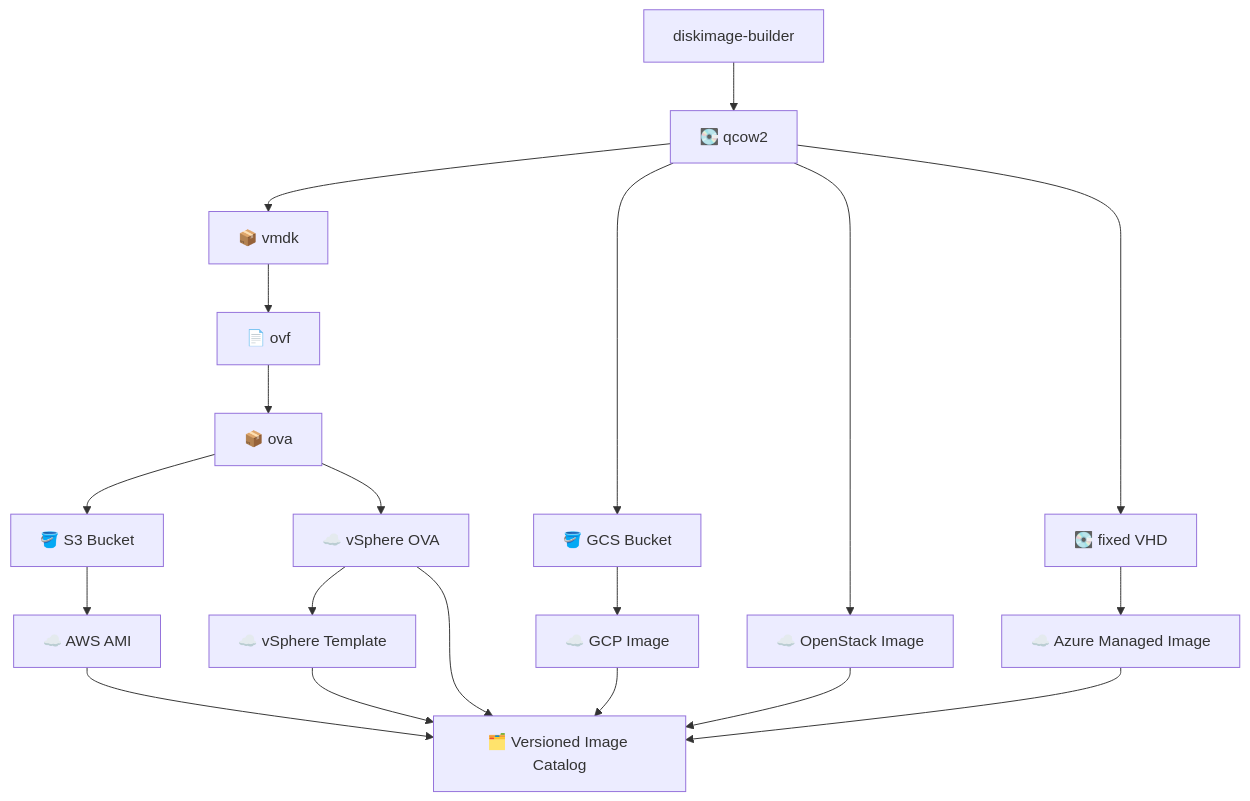
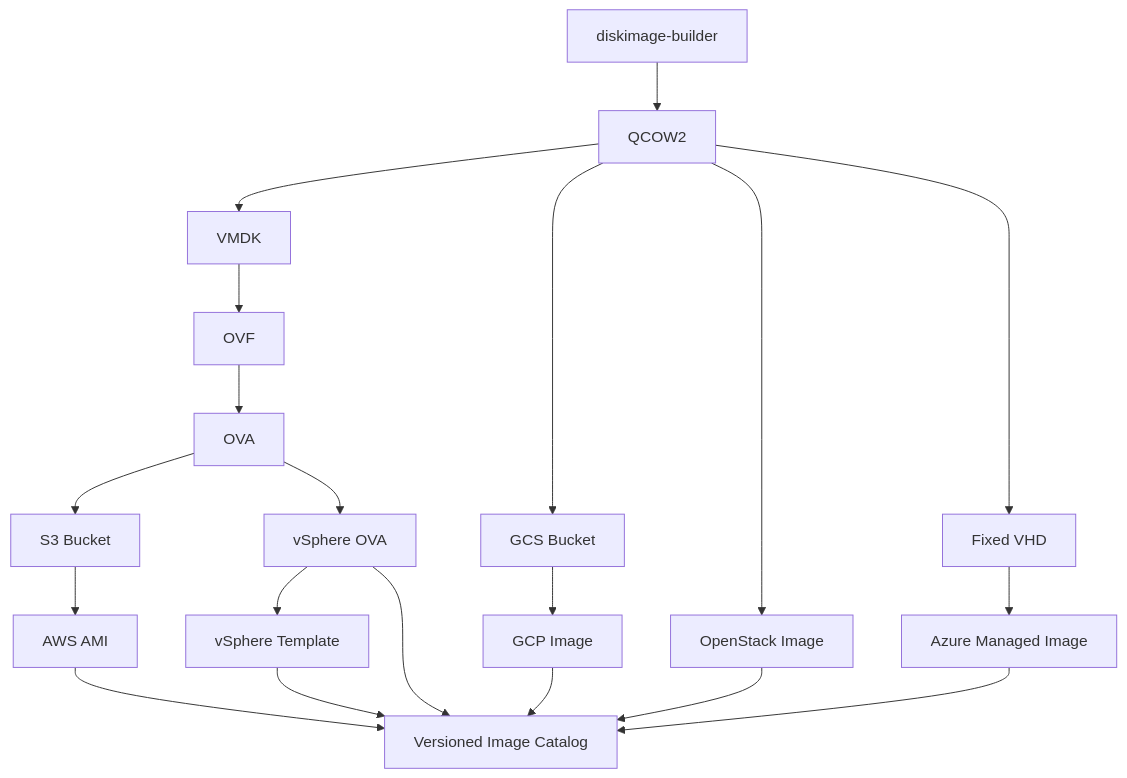
The diagram in README.md (jjbailey/dib7), drawn with Mermaid before and after one commit. The commit also changed other lines of this file and 1 other file, not shown here.

Commit message:
repo name change

````diff
--- a/README.md
+++ b/README.md
@@ -20,22 +20,22 @@
 ```mermaid
 flowchart TB
-    DIB["diskimage-builder"] --> QCOW2["💽 qcow2"]
-    QCOW2 --> VMDK["📦 vmdk"]
-    VMDK --> OVF["📄 ovf"]
-    OVF --> OVA["📦 ova"]
-    QCOW2 --> GCS["🪣 GCS Bucket"]
-    GCS --> GCP_IMG["☁️ GCP Image"]
-    QCOW2 --> OPENSTACK_IMG["☁️ OpenStack Image"]
-    QCOW2 --> VHD["💽 fixed VHD"]
-    VHD --> AZURE_IMG["☁️ Azure Managed Image"]
-    OVA --> S3["🪣 S3 Bucket"]
-    S3 --> AWS_IMG["☁️ AWS AMI"]
-    OVA --> VSPHERE_IMG["☁️ vSphere OVA"]
-    VSPHERE_IMG --> VSPHERE_TPL["☁️ vSphere Template"]
-    AWS_IMG --> CATALOG["🗂️ Versioned Image Catalog"]
+    DIB["diskimage-builder"] --> QCOW2["QCOW2"]
+    QCOW2 --> VMDK["VMDK"]
+    VMDK --> OVF["OVF"]
+    OVF --> OVA["OVA"]
+    QCOW2 --> GCS["GCS Bucket"]
+    GCS --> GCP_IMG["GCP Image"]
+    QCOW2 --> OPENSTACK_IMG["OpenStack Image"]
+    QCOW2 --> VHD["Fixed VHD"]
+    VHD --> AZURE_IMG["Azure Managed Image"]
+    OVA --> S3["S3 Bucket"]
+    S3 --> AWS_IMG["AWS AMI"]
+    OVA --> VSPHERE_IMG["vSphere OVA"]
+    VSPHERE_IMG --> VSPHERE_TPL["vSphere Template"]
+    AWS_IMG --> CATALOG["Versioned Image Catalog"]
     GCP_IMG --> CATALOG
     OPENSTACK_IMG --> CATALOG
     VSPHERE_IMG --> CATALOG
     VSPHERE_TPL --> CATALOG
     AZURE_IMG --> CATALOG
 ```
````
